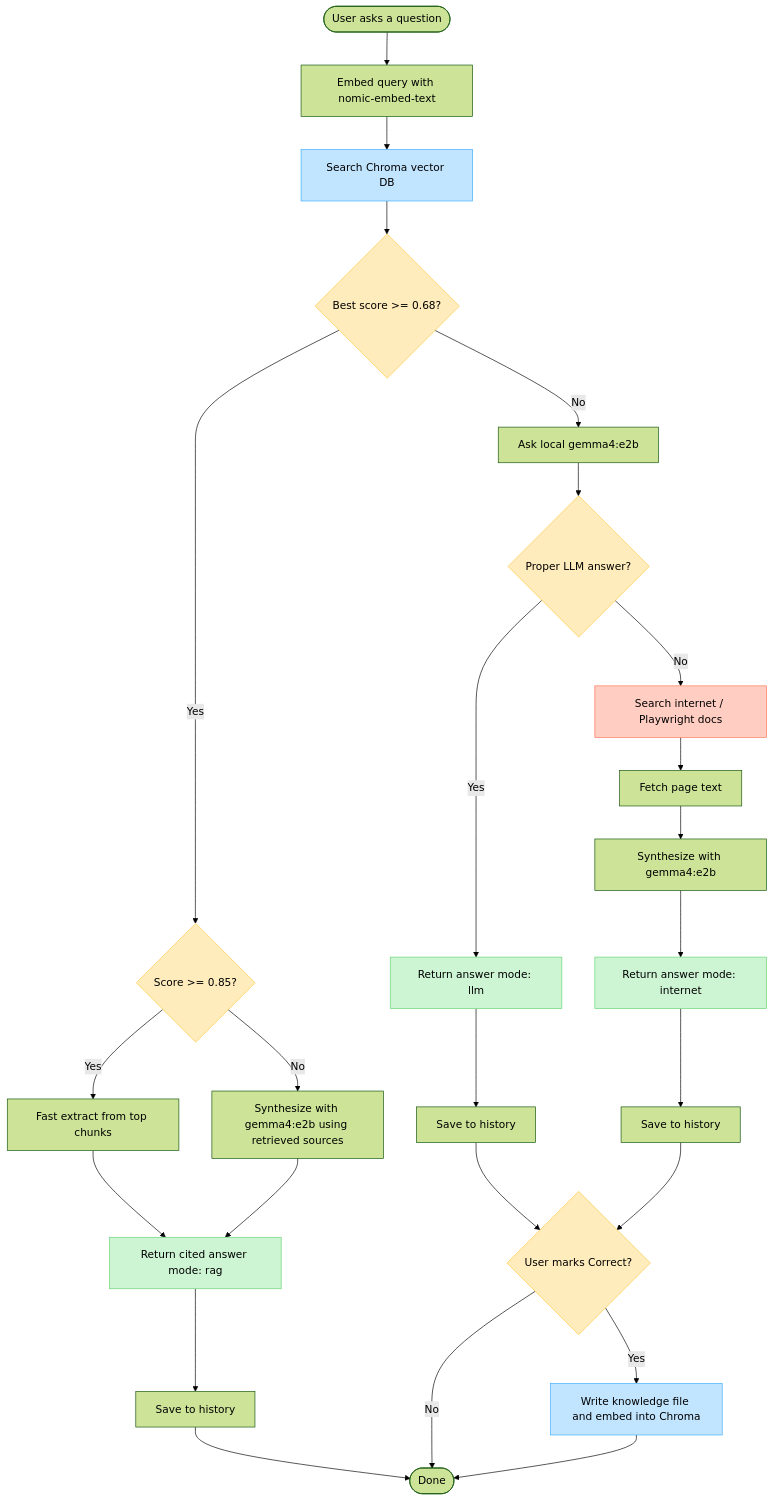
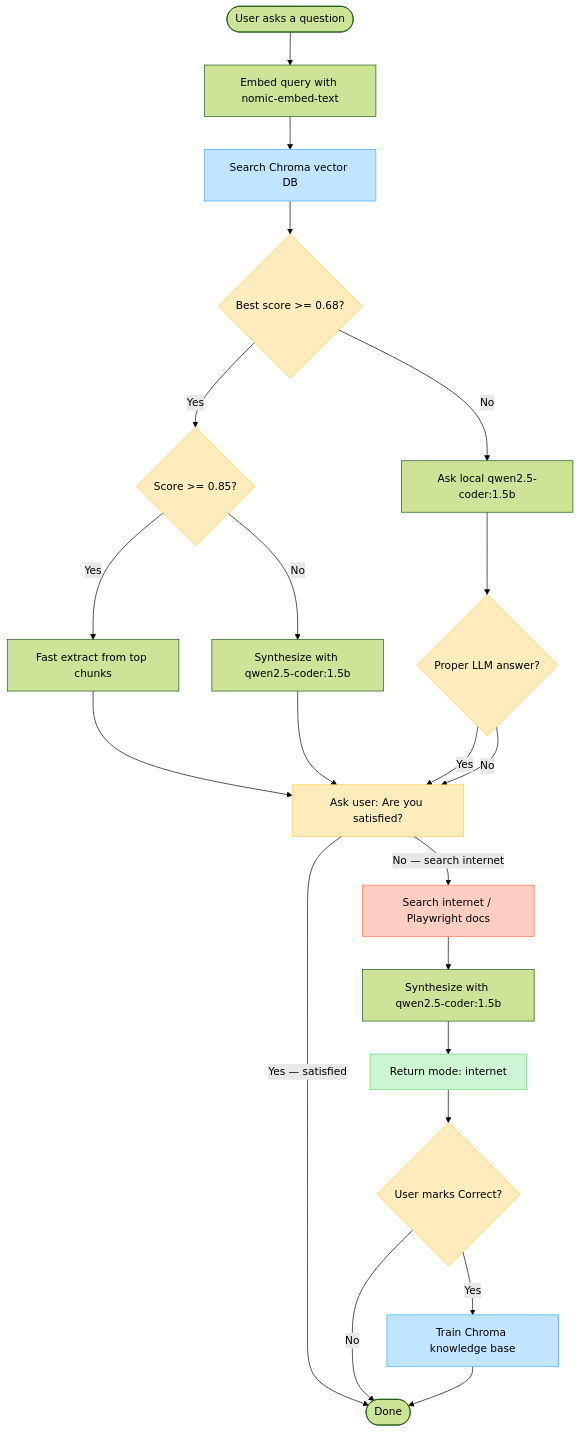
One commit to Avinash258/RagBaseSolution changed the diagram in docs/workflow.md. Above: the diagram before and after it, drawn with Mermaid (forest theme). The commit also changed other lines of this file and 21 other files, not shown here.

First line of the commit message:
Migrate chatbot to LangChain with Qwen, satisfaction-gated web search, and NEW VISION UI.

````diff
--- a/docs/workflow.md
+++ b/docs/workflow.md
@@ -3,46 +3,41 @@
 ```mermaid
 flowchart TD
     startNode(["User asks a question"]) --> embedQuery["Embed query with nomic-embed-text"]
     embedQuery --> searchChroma["Search Chroma vector DB"]
     searchChroma --> scoreCheck{"Best score >= 0.68?"}
 
     scoreCheck -->|"Yes"| highConf{"Score >= 0.85?"}
     highConf -->|"Yes"| fastExtract["Fast extract from top chunks"]
-    highConf -->|"No"| synthRag["Synthesize with gemma4:e2b using retrieved sources"]
-    fastExtract --> showRag["Return cited answer mode: rag"]
-    synthRag --> showRag
-    showRag --> saveHist1["Save to history"]
-    saveHist1 --> doneNode(["Done"])
+    highConf -->|"No"| synthRag["Synthesize with qwen2.5-coder:1.5b"]
+    fastExtract --> askSat
+    synthRag --> askSat
 
-    scoreCheck -->|"No"| llmCall["Ask local gemma4:e2b"]
+    scoreCheck -->|"No"| llmCall["Ask local qwen2.5-coder:1.5b"]
     llmCall --> llmOk{"Proper LLM answer?"}
-    llmOk -->|"Yes"| showLlm["Return answer mode: llm"]
-    showLlm --> saveHist2["Save to history"]
-    saveHist2 --> correctBtn{"User marks Correct?"}
-    correctBtn -->|"Yes"| trainKb["Write knowledge file and embed into Chroma"]
+    llmOk -->|"Yes"| askSat["Ask user: Are you satisfied?"]
+    llmOk -->|"No"| askSat
+
+    askSat -->|"Yes — satisfied"| doneNode(["Done"])
+    askSat -->|"No — search internet"| webSearch["Search internet / Playwright docs"]
+    webSearch --> synthWeb["Synthesize with qwen2.5-coder:1.5b"]
+    synthWeb --> showWeb["Return mode: internet"]
+    showWeb --> correctBtn{"User marks Correct?"}
+    correctBtn -->|"Yes"| trainKb["Train Chroma knowledge base"]
     correctBtn -->|"No"| doneNode
     trainKb --> doneNode
-
-    llmOk -->|"No"| webSearch["Search internet / Playwright docs"]
-    webSearch --> fetchPages["Fetch page text"]
-    fetchPages --> synthWeb["Synthesize with gemma4:e2b"]
-    synthWeb --> showWeb["Return answer mode: internet"]
-    showWeb --> saveHist3["Save to history"]
-    saveHist3 --> correctBtn
 
     classDef store fill:#C2E5FF,stroke:#3DADFF
     classDef decision fill:#FFECBD,stroke:#FFC943
     classDef ok fill:#CDF4D3,stroke:#66D575
     classDef warn fill:#FFCDC2,stroke:#FF7556
 
     searchChroma:::store
     trainKb:::store
     scoreCheck:::decision
     highConf:::decision
     llmOk:::decision
+    askSat:::decision
     correctBtn:::decision
-    showRag:::ok
-    showLlm:::ok
     showWeb:::ok
     webSearch:::warn
 ```
````
